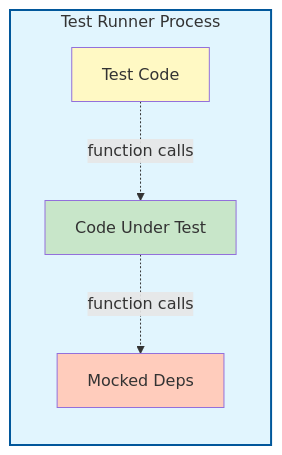
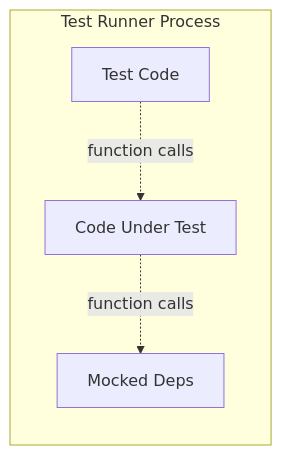
Before and after one commit to ready-to-release/eac: the first of 2 diagrams in docs/explanation/continuous-delivery/testing/testing-strategy-integration.md, drawn with Mermaid. The commit also changed other lines of this file and 28 other files, not shown here.

````diff
--- a/docs/explanation/continuous-delivery/testing/testing-strategy-integration.md
+++ b/docs/explanation/continuous-delivery/testing/testing-strategy-integration.md
@@ -111,17 +111,13 @@
 ```mermaid
 graph TB
     subgraph Process["Test Runner Process"]
         direction TB
         TC["Test Code"]
         CUT["Code Under Test"]
         MD["Mocked Deps"]
     end
 
     TC -.->|function calls| CUT
     CUT -.->|function calls| MD
 
-    style Process fill:#e1f5fe,stroke:#01579b,stroke-width:2px
-    style TC fill:#fff9c4
-    style CUT fill:#c8e6c9
-    style MD fill:#ffccbc
 ```
````
